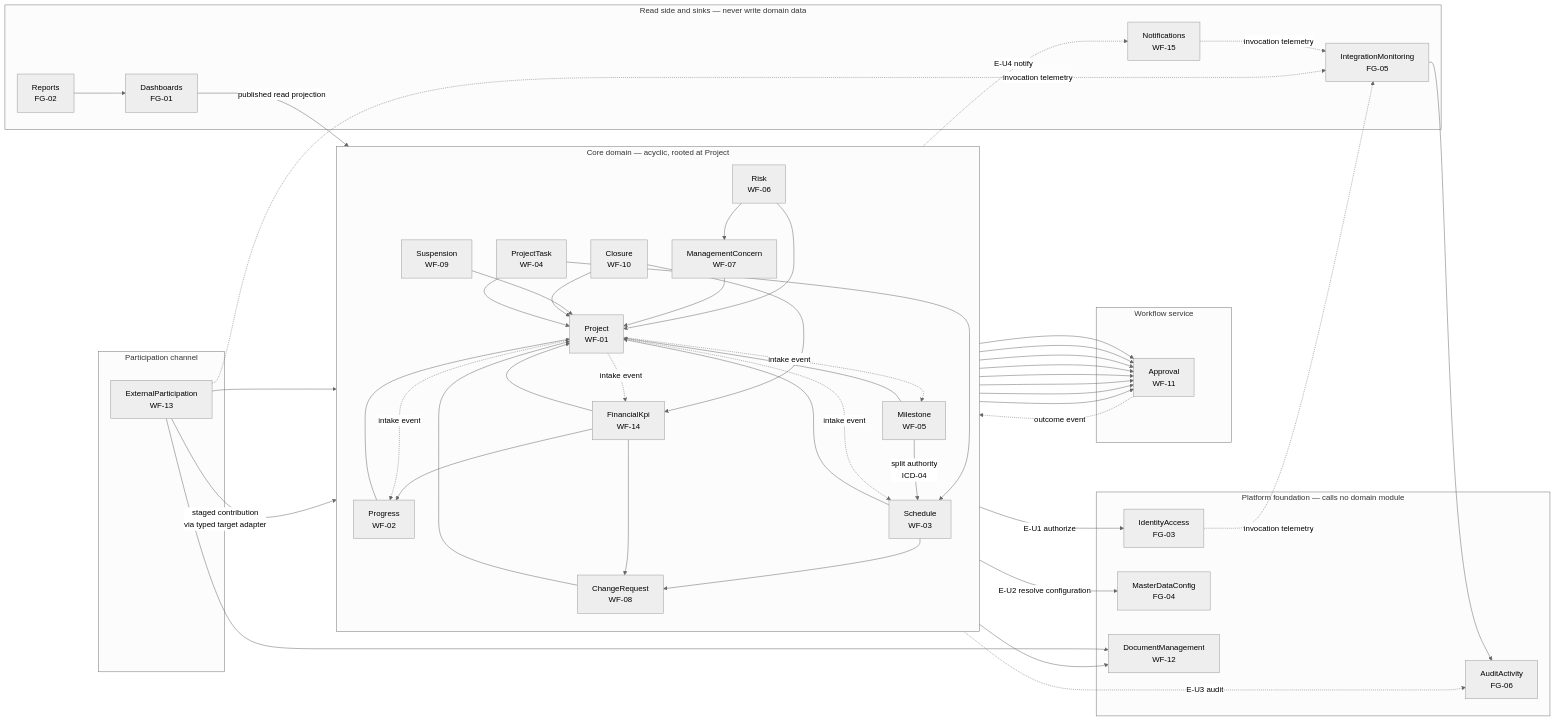
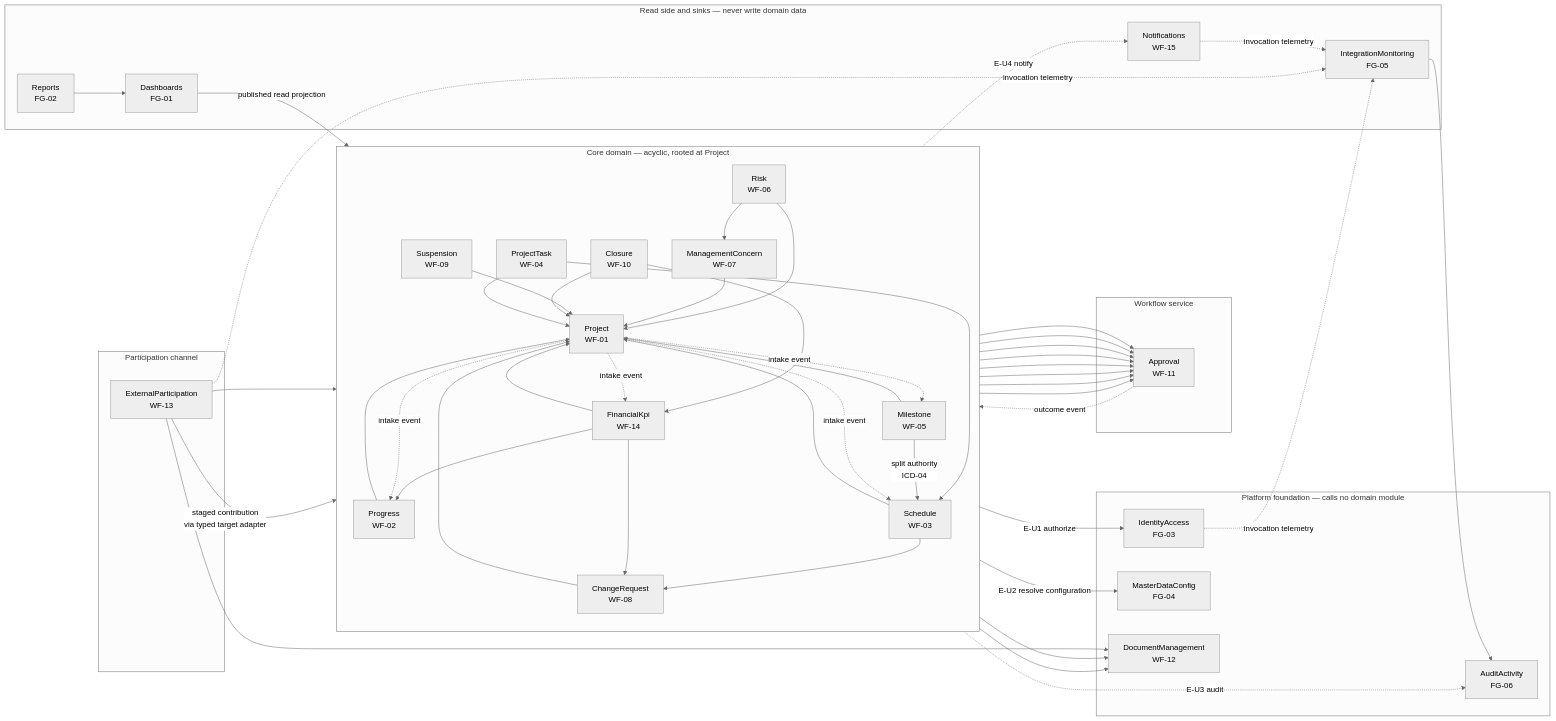
The second of 2 diagrams in docs/architecture/solution-architecture.md (baderalhindi/ImplementW), drawn with Mermaid (neutral theme) before and after one commit. The commit also changed other lines of this file and 9 other files, not shown here.

```diff
--- a/docs/architecture/solution-architecture.md
+++ b/docs/architecture/solution-architecture.md
@@ -274,6 +274,7 @@
   APR -.->|"outcome event"| CORE
 
   MIL --> DOC
+  FIN --> DOC
   EXT --> DOC
   EXT --> PRJ
   EXT -->|"staged contribution<br/>via typed target adapter"| CORE
```
